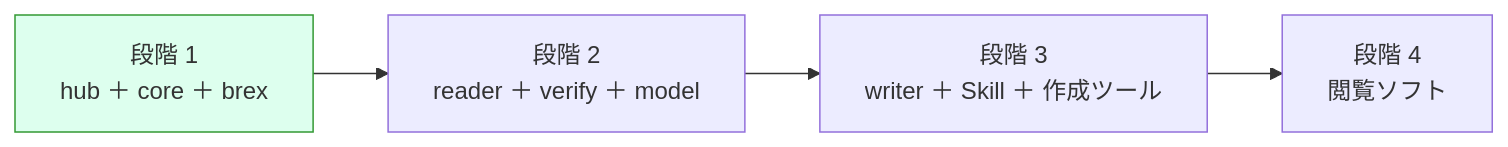
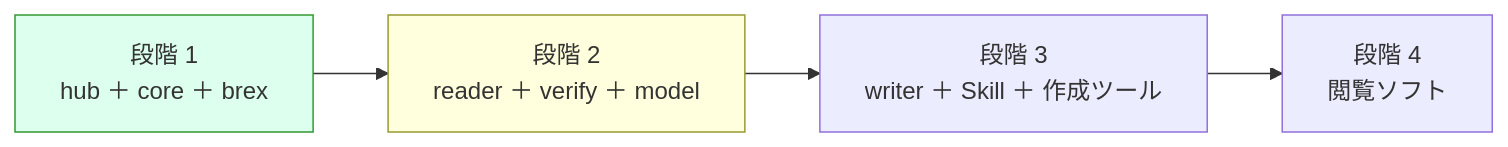
Before and after one commit to shuji-bonji/s1000d-stack: the diagram in docs/notes/handoff.md, drawn with Mermaid. The commit also changed other lines of this file and 5 other files, not shown here.

````diff
--- a/docs/notes/handoff.md
+++ b/docs/notes/handoff.md
@@ -13,7 +13,8 @@
 ```mermaid
 flowchart LR
   S1["段階 1<br/>hub ＋ core ＋ brex"] --> S2["段階 2<br/>reader ＋ verify ＋ model"]
   S2 --> S3["段階 3<br/>writer ＋ Skill ＋ 作成ツール"]
   S3 --> S4["段階 4<br/>閲覧ソフト"]
   style S1 fill:#dfe,stroke:#393
+  style S2 fill:#ffd,stroke:#993
 ```
````
